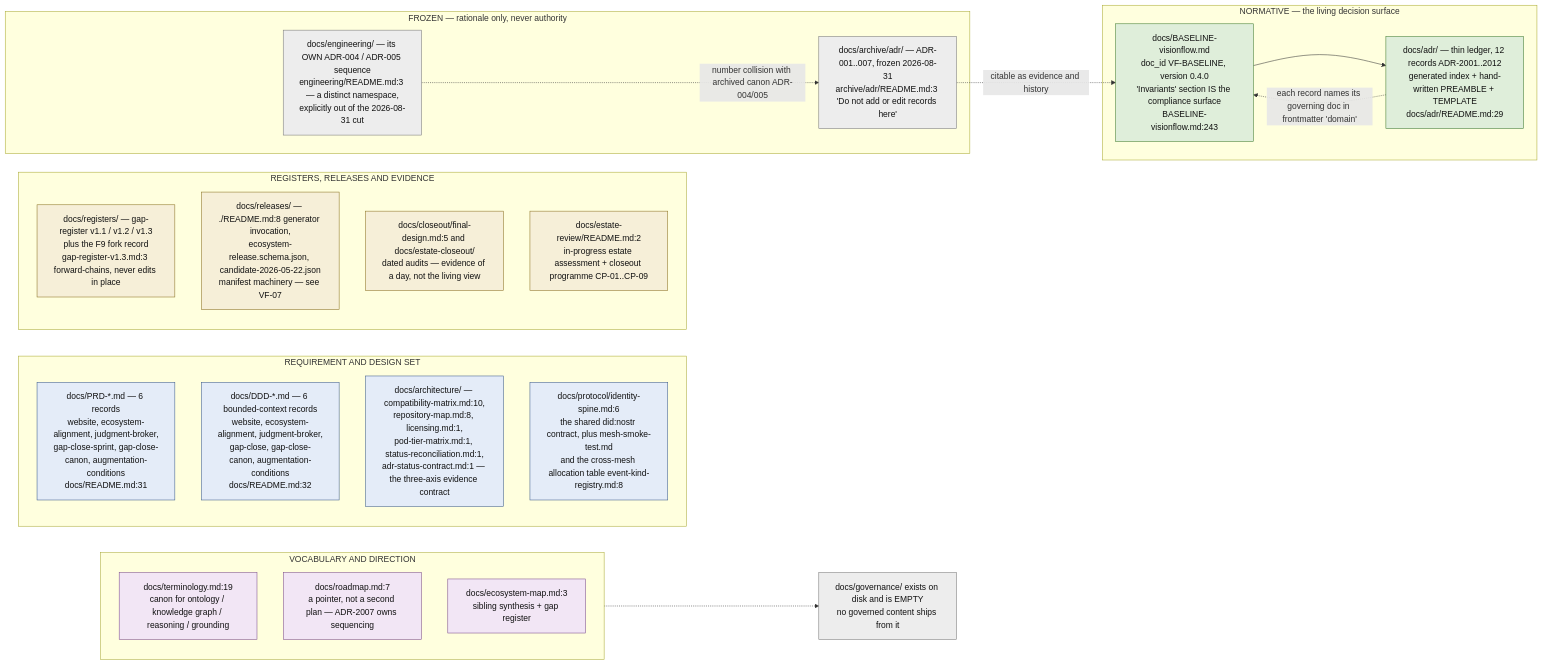
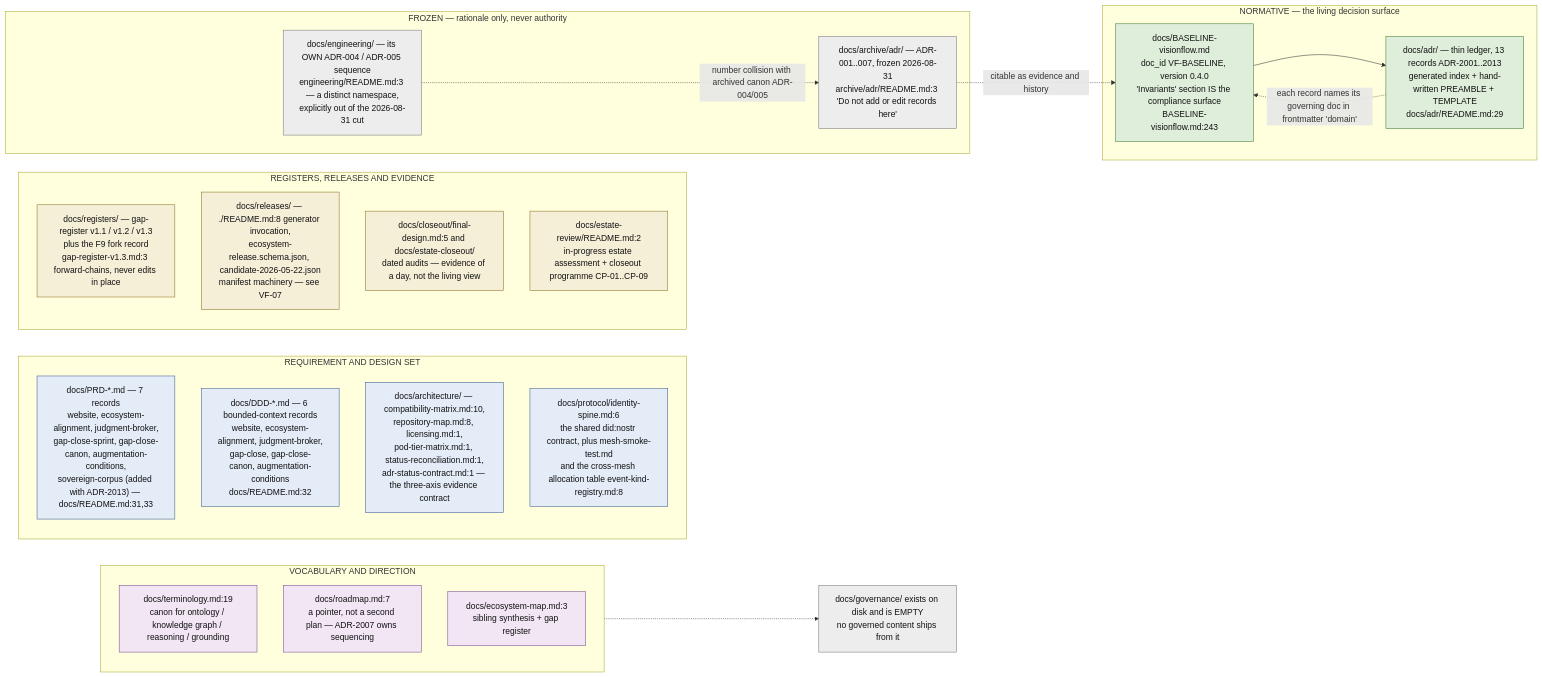
The first of 11 diagrams in docs/diagrams/visionflow/01-repo-composition-and-canon.md (DreamLab-AI/VisionFlow), drawn with Mermaid before and after one commit. The commit also changed other lines of this file and 136 other files, not shown here.

First line of the commit message:
docs(diagrams): refresh the whole corpus to code HEAD and prune low-value diagrams

````diff
--- a/docs/diagrams/visionflow/01-repo-composition-and-canon.md
+++ b/docs/diagrams/visionflow/01-repo-composition-and-canon.md
@@ -85,45 +65,45 @@
 ```mermaid
 flowchart LR
     classDef norm fill:#dfeeda,stroke:#3f7a2f,color:#111
     classDef spec fill:#e4ecf8,stroke:#3a5a8a,color:#111
     classDef reg fill:#f6efd8,stroke:#8a7020,color:#111
     classDef frozen fill:#ededed,stroke:#777,color:#111
     classDef other fill:#f2e6f5,stroke:#7a4a8a,color:#111
 
     subgraph LIVING["NORMATIVE — the living decision surface"]
         BASE["docs/BASELINE-visionflow.md<br/>doc_id VF-BASELINE, version 0.4.0<br/>'Invariants' section IS the compliance surface<br/>BASELINE-visionflow.md:243"]:::norm
-        LED["docs/adr/ — thin ledger, 12 records ADR-2001..2012<br/>generated index + hand-written PREAMBLE + TEMPLATE<br/>docs/adr/README.md:29"]:::norm
+        LED["docs/adr/ — thin ledger, 13 records ADR-2001..2013<br/>generated index + hand-written PREAMBLE + TEMPLATE<br/>docs/adr/README.md:29"]:::norm
     end
 
     subgraph SPECS["REQUIREMENT AND DESIGN SET"]
-        PRD["docs/PRD-*.md — 6 records<br/>website, ecosystem-alignment, judgment-broker,<br/>gap-close-sprint, gap-close-canon, augmentation-conditions<br/>docs/README.md:31"]:::spec
+        PRD["docs/PRD-*.md — 7 records<br/>website, ecosystem-alignment, judgment-broker,<br/>gap-close-sprint, gap-close-canon, augmentation-conditions,<br/>sovereign-corpus (added with ADR-2013) — docs/README.md:31,33"]:::spec
         DDD["docs/DDD-*.md — 6 bounded-context records<br/>website, ecosystem-alignment, judgment-broker,<br/>gap-close, gap-close-canon, augmentation-conditions<br/>docs/README.md:32"]:::spec
         ARCH["docs/architecture/ — compatibility-matrix.md:10,<br/>repository-map.md:8, licensing.md:1,<br/>pod-tier-matrix.md:1, status-reconciliation.md:1,<br/>adr-status-contract.md:1 — the three-axis evidence contract"]:::spec
         PROTO["docs/protocol/identity-spine.md:6<br/>the shared did:nostr contract, plus mesh-smoke-test.md<br/>and the cross-mesh allocation table event-kind-registry.md:8"]:::spec
     end
 
     subgraph EVID["REGISTERS, RELEASES AND EVIDENCE"]
         REG["docs/registers/ — gap-register v1.1 / v1.2 / v1.3<br/>plus the F9 fork record<br/>gap-register-v1.3.md:3 forward-chains, never edits in place"]:::reg
         REL["docs/releases/ — ./README.md:8 generator invocation,<br/>ecosystem-release.schema.json, candidate-2026-05-22.json<br/>manifest machinery — see VF-07"]:::reg
         CLOSE["docs/closeout/final-design.md:5 and docs/estate-closeout/<br/>dated audits — evidence of a day, not the living view"]:::reg
         REVIEW["docs/estate-review/README.md:2<br/>in-progress estate assessment + closeout programme CP-01..CP-09"]:::reg
     end
 
     subgraph WORDS["VOCABULARY AND DIRECTION"]
         TERM["docs/terminology.md:19<br/>canon for ontology / knowledge graph / reasoning / grounding"]:::other
         ROAD["docs/roadmap.md:7<br/>a pointer, not a second plan — ADR-2007 owns sequencing"]:::other
         MAP["docs/ecosystem-map.md:3<br/>sibling synthesis + gap register"]:::other
     end
 
     subgraph FROZEN["FROZEN — rationale only, never authority"]
         ARCHV["docs/archive/adr/ — ADR-001..007, frozen 2026-08-31<br/>archive/adr/README.md:3 'Do not add or edit records here'"]:::frozen
         ENG["docs/engineering/ — its OWN ADR-004 / ADR-005 sequence<br/>engineering/README.md:3 — a distinct namespace,<br/>explicitly out of the 2026-08-31 cut"]:::frozen
     end
 
     BASE --> LED
     LED -.->|"each record names its governing doc in frontmatter 'domain'"| BASE
     ARCHV -.->|"citable as evidence and history"| BASE
     ENG -.->|"number collision with archived canon ADR-004/005"| ARCHV
     EMPTY["docs/governance/ exists on disk and is EMPTY<br/>no governed content ships from it"]:::frozen
     WORDS -.-> EMPTY
 ```
````
